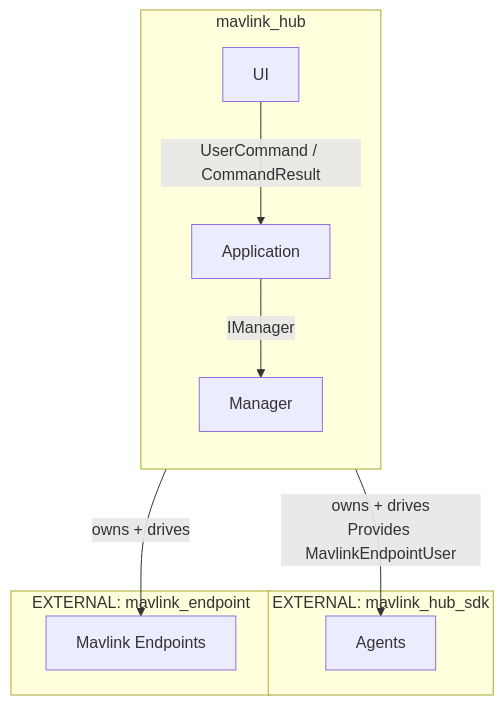
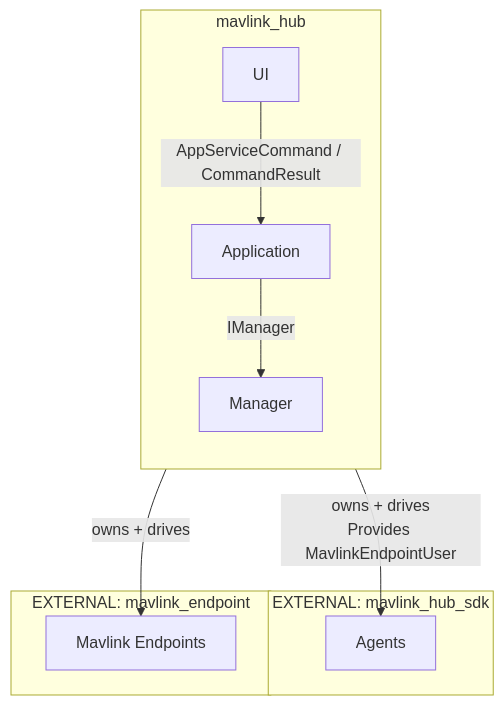
Before and after one commit to bayukael/mavlink_hub: the second of 3 diagrams in docs/ARCHITECTURE.md, drawn with Mermaid. The commit also changed other lines of this file and 19 other files, not shown here.

First line of the commit message:
refactor: rename UserCommandType/UserCommand to AppServiceCommandType/AppServiceCommand

````diff
--- a/docs/ARCHITECTURE.md
+++ b/docs/ARCHITECTURE.md
@@ -83,25 +83,25 @@
 ```mermaid
 flowchart TB
   subgraph HUB["mavlink_hub"]
     direction TB
     UI["UI"]
     APP["Application"]
     MGR["Manager"]
 
-    UI -->|"UserCommand / CommandResult"| APP
+    UI -->|"AppServiceCommand / CommandResult"| APP
     APP -->|"IManager"| MGR
   end
 
   subgraph SDK["EXTERNAL: mavlink_hub_sdk"]
     AG["Agents"]
   end
   
   subgraph mavlink_endpoint["EXTERNAL: mavlink_endpoint"]
     EP["Mavlink Endpoints"]
   end
 
 
   MGR -->|"owns + drives<br>Provides MavlinkEndpointUser"| AG
   MGR -->|"owns + drives"| EP
 
 ```
````
